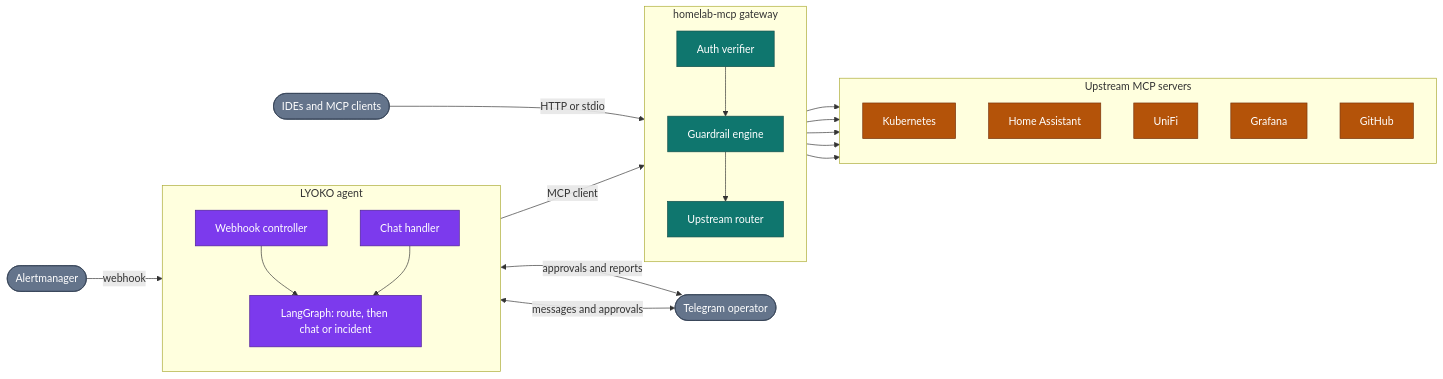
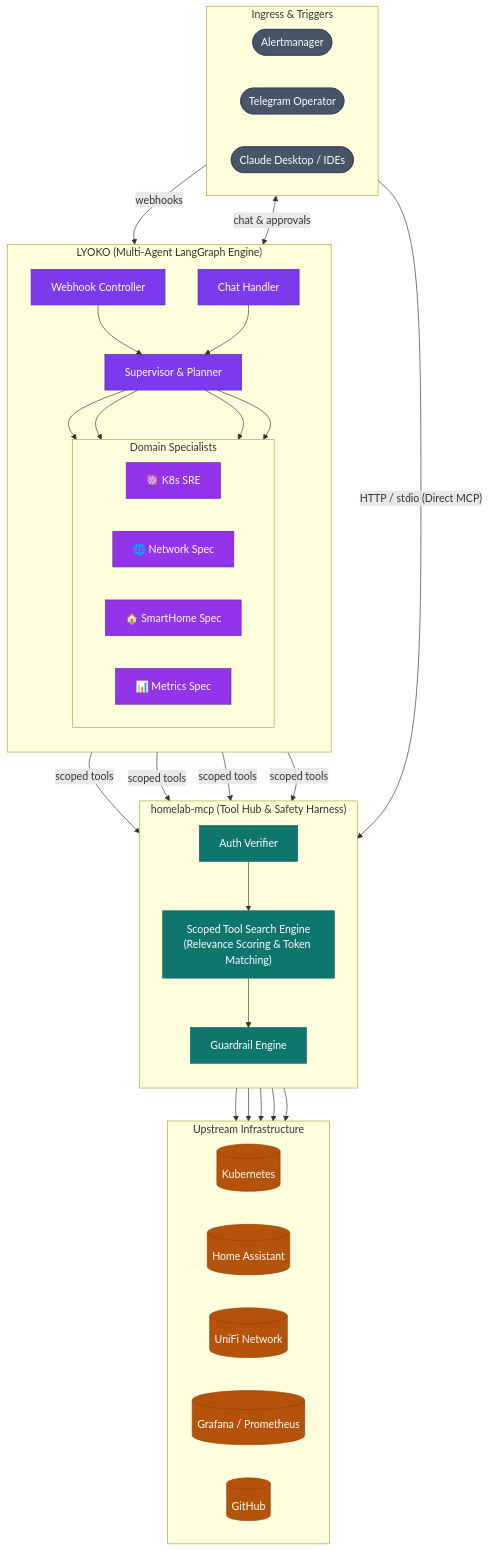
The first of 2 diagrams in README.md (csp33/homelab-ai-ops), drawn with Mermaid before and after one commit. The commit also changed other lines of this file and 46 other files, not shown here.

First line of the commit message:
feat(mcp,lyoko): hierarchical multi-agent supervisor, domain specialists, and scoped tool search (#22)

````diff
--- a/README.md
+++ b/README.md
@@ -18,49 +18,81 @@
 ```mermaid
-flowchart LR
-    AM([Alertmanager])
-    IDE([IDEs and MCP clients])
-    TG([Telegram operator])
-
-    subgraph LYOKO["LYOKO agent"]
-        direction TB
-        WH[Webhook controller]
-        CH[Chat handler]
-        LG["LangGraph: route, then chat or incident"]
-        WH --> LG
-        CH --> LG
+flowchart TD
+    %% External clients
+    subgraph Ingress ["Ingress & Triggers"]
+        direction LR
+        AM([Alertmanager])
+        TG([Telegram Operator])
+        IDE([Claude Desktop / IDEs])
     end
 
-    subgraph GW["homelab-mcp gateway"]
+    %% LYOKO Multi-Agent Engine
+    subgraph LYOKO ["LYOKO (Multi-Agent LangGraph Engine)"]
         direction TB
-        AUTH[Auth verifier]
-        GR[Guardrail engine]
-        MUX[Upstream router]
-        AUTH --> GR --> MUX
+        WH[Webhook Controller]
+        CH[Chat Handler]
+        SUP["Supervisor & Planner"]
+        
+        subgraph Specialists ["Domain Specialists"]
+            direction LR
+            K8S_S["☸️ K8s SRE"]
+            NET_S["🌐 Network Spec"]
+            HA_S["🏠 SmartHome Spec"]
+            OBS_S["📊 Metrics Spec"]
+        end
+
+        WH --> SUP
+        CH --> SUP
+        SUP --> K8S_S
+        SUP --> NET_S
+        SUP --> HA_S
+        SUP --> OBS_S
     end
 
-    subgraph UP["Upstream MCP servers"]
+    %% homelab-mcp Tool Hub
+    subgraph GW ["homelab-mcp (Tool Hub & Safety Harness)"]
         direction TB
-        K8S[Kubernetes]
-        HA[Home Assistant]
-        UNIFI[UniFi]
-        GRAF[Grafana]
-        GH[GitHub]
+        AUTH[Auth Verifier]
+        SEARCH["Scoped Tool Search Engine<br/>(Relevance Scoring & Token Matching)"]
+        GUARD[Guardrail Engine]
+        AUTH --> SEARCH --> GUARD
     end
 
-    AM -->|webhook| WH
-    IDE -->|HTTP or stdio| AUTH
-    LG -->|MCP client| AUTH
-    TG <-->|messages and approvals| CH
-    LG <-->|approvals and reports| TG
-    MUX --> K8S & HA & UNIFI & GRAF & GH
+    %% Upstreams
+    subgraph UP ["Upstream Infrastructure"]
+        direction LR
+        U_K8S[(Kubernetes)]
+        U_HA[(Home Assistant)]
+        U_NET[(UniFi Network)]
+        U_GRAF[(Grafana / Prometheus)]
+        U_GH[(GitHub)]
+    end
 
-    classDef external fill:#64748b,stroke:#334155,color:#fff;
-    classDef agent fill:#7c3aed,stroke:#4c1d95,color:#fff;
-    classDef gateway fill:#0f766e,stroke:#134e4a,color:#fff;
-    classDef upstream fill:#b45309,stroke:#78350f,color:#fff;
+    %% Ingress Connections
+    AM -->|"webhooks"| WH
+    TG <-->|"chat & approvals"| CH
+    IDE -->|"HTTP / stdio (Direct MCP)"| AUTH
 
-    class AM,IDE,TG external;
-    class WH,CH,LG agent;
-    class AUTH,GR,MUX gateway;
-    class K8S,HA,UNIFI,GRAF,GH upstream;
+    %% LYOKO & MCP Connections
+    K8S_S -->|"scoped tools"| AUTH
+    NET_S -->|"scoped tools"| AUTH
+    HA_S -->|"scoped tools"| AUTH
+    OBS_S -->|"scoped tools"| AUTH
+    GUARD --> U_K8S
+    GUARD --> U_HA
+    GUARD --> U_NET
+    GUARD --> U_GRAF
+    GUARD --> U_GH
+
+    %% Styling
+    classDef ingress fill:#475569,stroke:#334155,color:#fff;
+    classDef agent fill:#7c3aed,stroke:#5b21b6,color:#fff;
+    classDef spec fill:#9333ea,stroke:#6b21a8,color:#fff;
+    classDef gateway fill:#0f766e,stroke:#115e59,color:#fff;
+    classDef upstream fill:#b45309,stroke:#92400e,color:#fff;
+
+    class AM,TG,IDE ingress;
+    class WH,CH,SUP agent;
+    class K8S_S,NET_S,HA_S,OBS_S spec;
+    class AUTH,SEARCH,GUARD gateway;
+    class U_K8S,U_HA,U_NET,U_GRAF,U_GH upstream;
 ```
````
